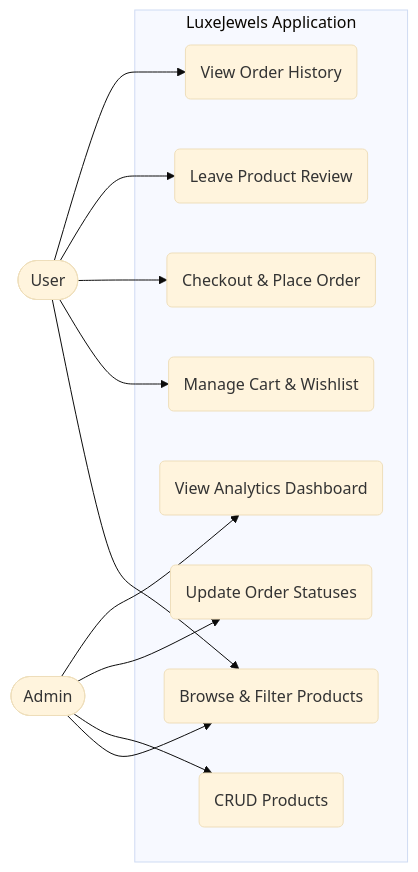
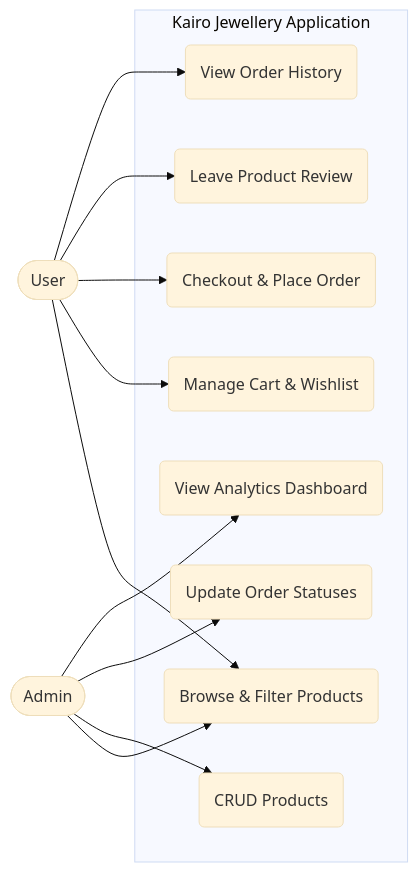
Before and after one commit to anshpatel8780-arch/luxejewellery: the fifth of 7 diagrams in SYSTEM_DESIGN_DIAGRAMS.md, drawn with Mermaid (base theme). The commit also changed other lines of this file and 18 other files, not shown here.

Commit message:
feat: rebrand to Kairo Jewellery and update logo

````diff
--- a/SYSTEM_DESIGN_DIAGRAMS.md
+++ b/SYSTEM_DESIGN_DIAGRAMS.md
@@ -152,27 +152,27 @@
 ```mermaid
 flowchart LR
     User([User])
     Admin([Admin])
     
-    subgraph LuxeJewels Application
+    subgraph Kairo Jewellery Application
         UC1(Browse & Filter Products)
         UC2(Manage Cart & Wishlist)
         UC3(Checkout & Place Order)
         UC4(Leave Product Review)
         UC5(View Order History)
         UC6(CRUD Products)
         UC7(Update Order Statuses)
         UC8(View Analytics Dashboard)
     end
     
     User --> UC1
     User --> UC2
     User --> UC3
     User --> UC4
     User --> UC5
     
     Admin --> UC1
     Admin --> UC6
     Admin --> UC7
     Admin --> UC8
 ```
````
